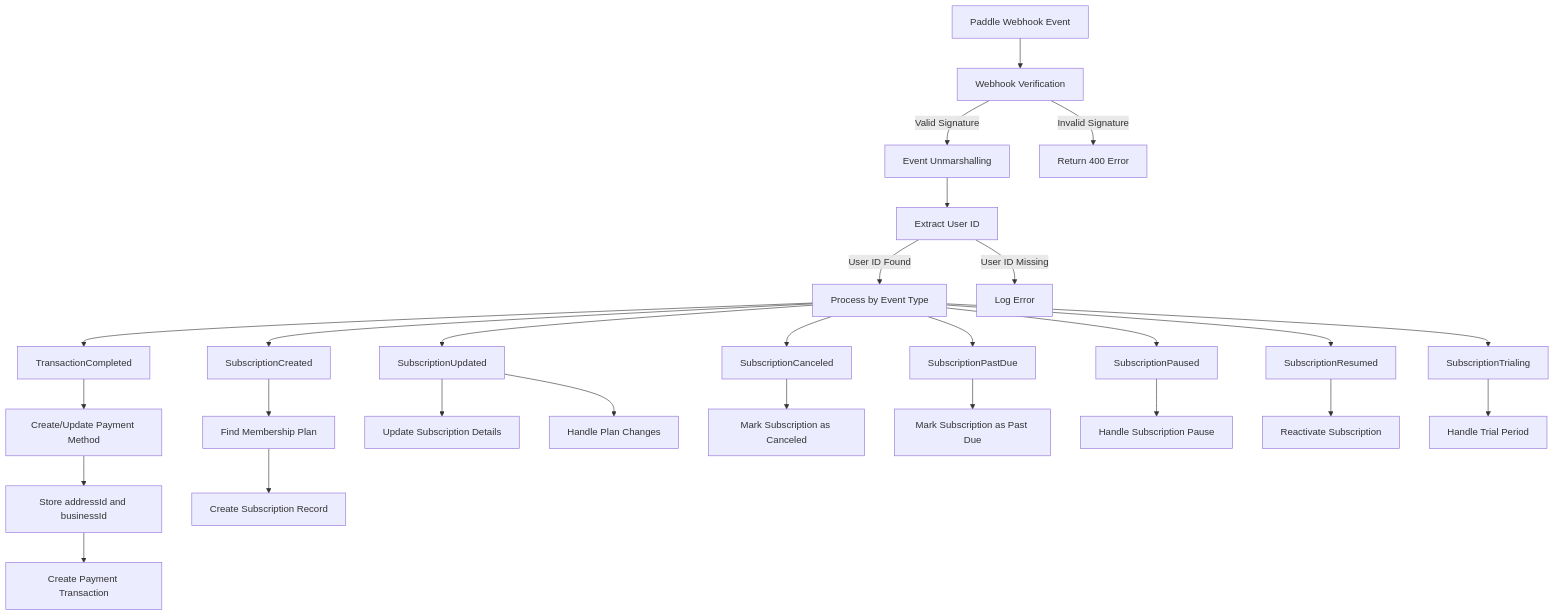
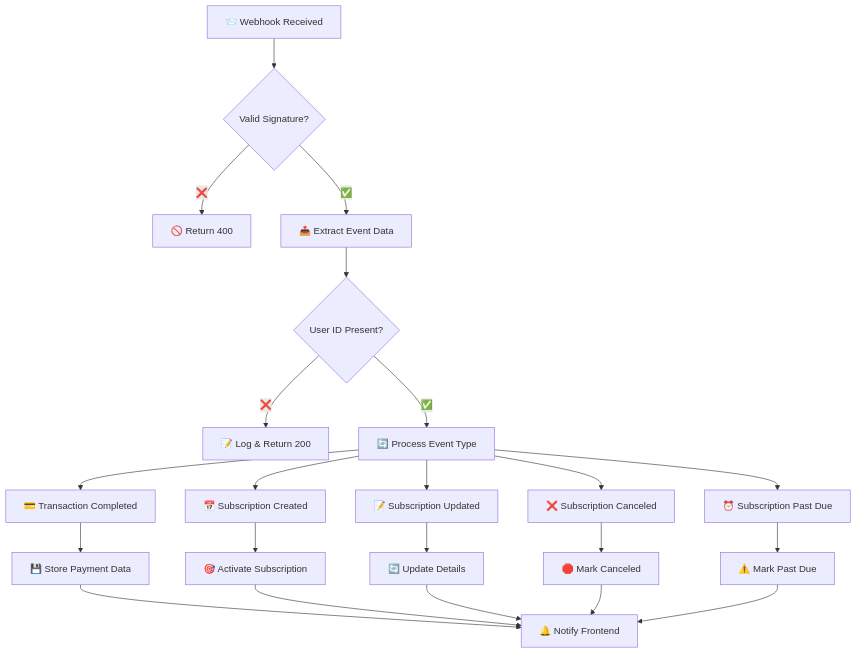
The fifth of 11 diagrams in docs/membership/flow.md (aalexx-le/aurora), drawn with Mermaid before and after one commit. The commit also changed other lines of this file and 419 other files, not shown here.

````diff
--- a/docs/membership/flow.md
+++ b/docs/membership/flow.md
@@ -7,34 +112,28 @@
 ```mermaid
 flowchart TD
-    A[Paddle Webhook Event] --> B[Webhook Verification]
-    B -->|Valid Signature| C[Event Unmarshalling]
-    B -->|Invalid Signature| D[Return 400 Error]
-    C --> E[Extract User ID]
-    E -->|User ID Found| F[Process by Event Type]
-    E -->|User ID Missing| G[Log Error]
+    A[📨 Webhook Received] --> B{Valid Signature?}
+    B -->|❌| C[🚫 Return 400]
+    B -->|✅| D[📤 Extract Event Data]
     
-    F --> F1[TransactionCompleted]
-    F --> F2[SubscriptionCreated]
-    F --> F3[SubscriptionUpdated]
-    F --> F4[SubscriptionCanceled]
-    F --> F5[SubscriptionPastDue]
-    F --> F6[SubscriptionPaused]
-    F --> F7[SubscriptionResumed]
-    F --> F8[SubscriptionTrialing]
+    D --> E{User ID Present?}
+    E -->|❌| F[📝 Log & Return 200]
+    E -->|✅| G[🔄 Process Event Type]
     
-    F1 --> H1[Create/Update Payment Method]
-    H1 --> H1a[Store addressId and businessId]
-    H1a --> H2[Create Payment Transaction]
+    G --> H[💳 Transaction Completed]
+    G --> I[📅 Subscription Created]  
+    G --> J[📝 Subscription Updated]
+    G --> K[❌ Subscription Canceled]
+    G --> L[⏰ Subscription Past Due]
     
-    F2 --> I1[Find Membership Plan]
-    I1 --> I2[Create Subscription Record]
+    H --> M[💾 Store Payment Data]
+    I --> N[🎯 Activate Subscription]
+    J --> O[🔄 Update Details]
+    K --> P[🛑 Mark Canceled]
+    L --> Q[⚠️ Mark Past Due]
     
-    F3 --> J1[Update Subscription Details]
-    F3 --> J2[Handle Plan Changes]
-    
-    F4 --> K[Mark Subscription as Canceled]
-    F5 --> L[Mark Subscription as Past Due]
-    F6 --> M[Handle Subscription Pause]
-    F7 --> N[Reactivate Subscription]
-    F8 --> O[Handle Trial Period]
+    M --> R[🔔 Notify Frontend]
+    N --> R
+    O --> R
+    P --> R
+    Q --> R
 ```
````
